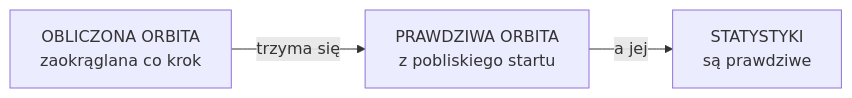
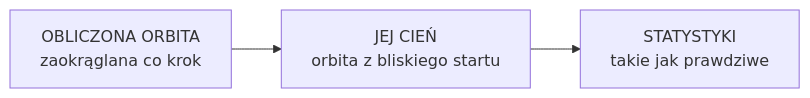
The diagram in figures/mermaid/pl/ch16-shadow.mmd (konradcinkusz/chaos-theory-for-dummies), drawn with Mermaid before and after one commit. The commit also changed 40 other files, not shown here.

```diff
--- a/figures/mermaid/pl/ch16-shadow.mmd
+++ b/figures/mermaid/pl/ch16-shadow.mmd
@@ -1,3 +1,3 @@
 flowchart LR
-  C["OBLICZONA ORBITA<br/>zaokrąglana co krok"] -- "trzyma się" --> S["PRAWDZIWA ORBITA<br/>z pobliskiego startu"]
-  S -- "a jej" --> P["STATYSTYKI<br/>są prawdziwe"]
+  C["OBLICZONA ORBITA<br/>zaokrąglana co krok"] --> S["JEJ CIEŃ<br/>orbita z bliskiego startu"]
+  S --> P["STATYSTYKI<br/>takie jak prawdziwe"]
```
